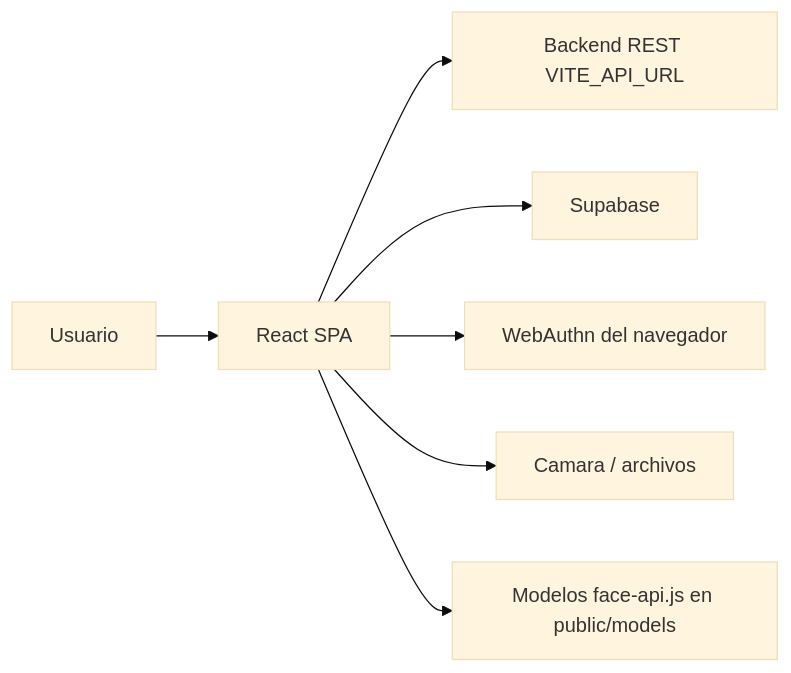
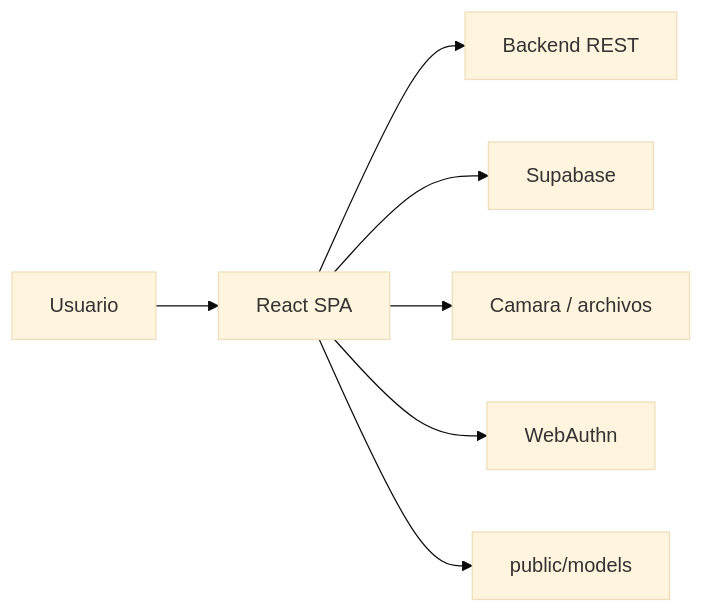
One commit to mofuel/Nexa-Vote-Front changed the first of 3 diagrams in docs/02-arquitectura.md. Above: the diagram before and after it, drawn with Mermaid (base theme). The commit also changed other lines of this file and 11 other files, not shown here.

````diff
--- a/docs/02-arquitectura.md
+++ b/docs/02-arquitectura.md
@@ -7,9 +7,9 @@
 ```mermaid
 flowchart LR
-  U["Usuario"] --> R["React SPA"]
-  R --> B["Backend REST VITE_API_URL"]
-  R --> S["Supabase"]
-  R --> W["WebAuthn del navegador"]
-  R --> C["Camara / archivos"]
-  R --> M["Modelos face-api.js en public/models"]
+  U["Usuario"] --> SPA["React SPA"]
+  SPA --> API["Backend REST"]
+  SPA --> SB["Supabase"]
+  SPA --> CAM["Camara / archivos"]
+  SPA --> WA["WebAuthn"]
+  SPA --> MODELS["public/models"]
 ```
````
